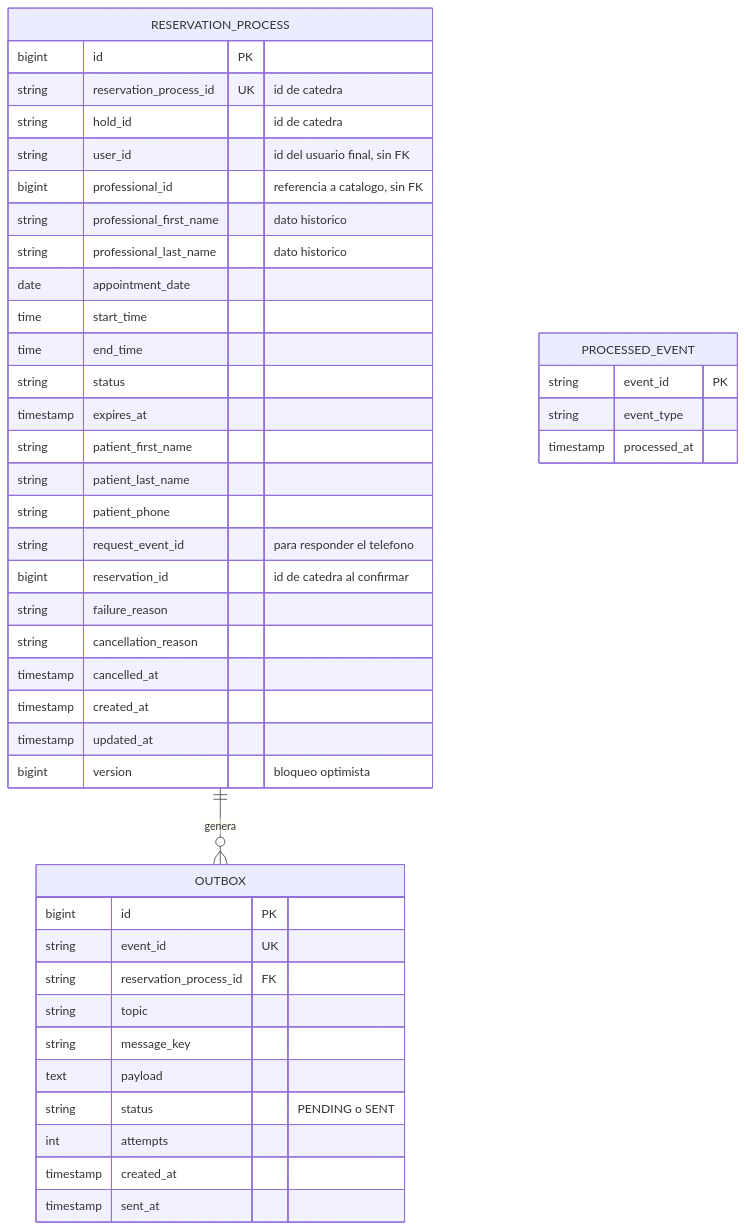
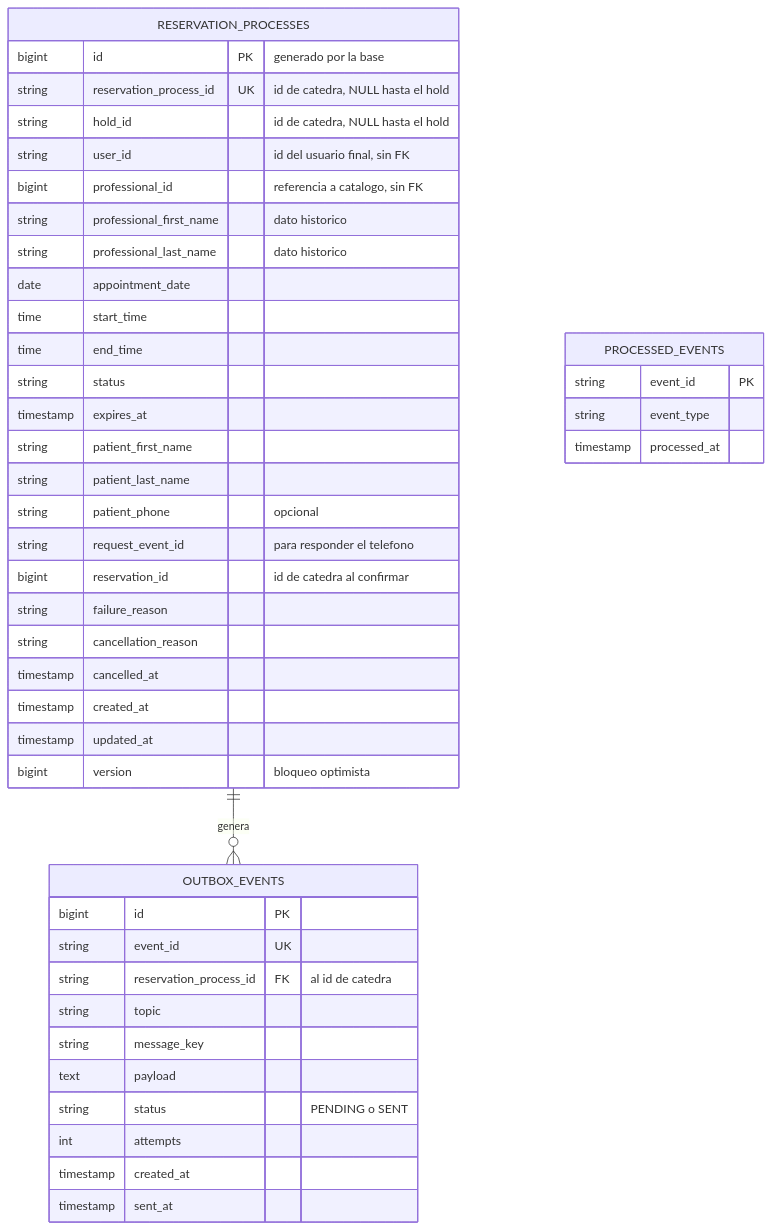
One commit to Prog2-fzapata/Documentacion changed the second of 3 diagrams in diagramas/05-modelo-de-datos.md. Above: the diagram before and after it, drawn with Mermaid. The commit also changed other lines of this file and 3 other files, not shown here.

````diff
--- a/diagramas/05-modelo-de-datos.md
+++ b/diagramas/05-modelo-de-datos.md
@@ -88,47 +88,47 @@
 ```mermaid
 erDiagram
-    RESERVATION_PROCESS ||--o{ OUTBOX : genera
+    RESERVATION_PROCESSES ||--o{ OUTBOX_EVENTS : genera
 
-    RESERVATION_PROCESS {
-        bigint id PK
-        string reservation_process_id UK "id de catedra"
-        string hold_id "id de catedra"
+    RESERVATION_PROCESSES {
+        bigint id PK "generado por la base"
+        string reservation_process_id UK "id de catedra, NULL hasta el hold"
+        string hold_id "id de catedra, NULL hasta el hold"
         string user_id "id del usuario final, sin FK"
         bigint professional_id "referencia a catalogo, sin FK"
         string professional_first_name "dato historico"
         string professional_last_name "dato historico"
         date appointment_date
         time start_time
         time end_time
         string status
         timestamp expires_at
         string patient_first_name
         string patient_last_name
-        string patient_phone
+        string patient_phone "opcional"
         string request_event_id "para responder el telefono"
         bigint reservation_id "id de catedra al confirmar"
         string failure_reason
         string cancellation_reason
         timestamp cancelled_at
         timestamp created_at
         timestamp updated_at
         bigint version "bloqueo optimista"
     }
-    OUTBOX {
+    OUTBOX_EVENTS {
         bigint id PK
         string event_id UK
-        string reservation_process_id FK
+        string reservation_process_id FK "al id de catedra"
         string topic
         string message_key
         text payload
         string status "PENDING o SENT"
         int attempts
         timestamp created_at
         timestamp sent_at
     }
-    PROCESSED_EVENT {
+    PROCESSED_EVENTS {
         string event_id PK
         string event_type
         timestamp processed_at
     }
 ```
````
